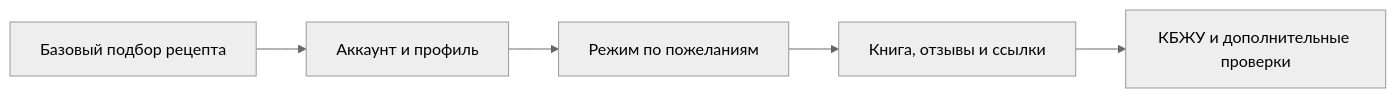
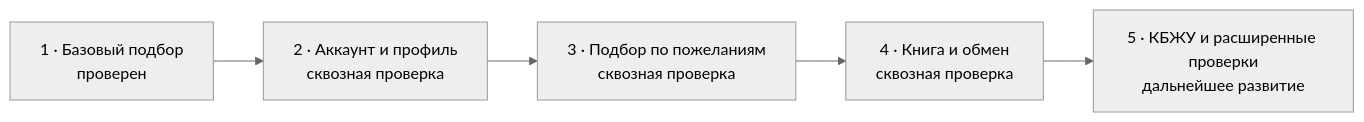
One commit to Tor250/SmartBite changed the sixth of 6 diagrams in architecture/target-architecture.md. Above: the diagram before and after it, drawn with Mermaid (neutral theme). The commit also changed other lines of this file and 1 other file, not shown here.

````diff
--- a/architecture/target-architecture.md
+++ b/architecture/target-architecture.md
@@ -147,10 +136,10 @@
 ```mermaid
 flowchart LR
-    i1[Базовый подбор рецепта]
-    i2[Аккаунт и профиль]
-    i3[Режим по пожеланиям]
-    i4[Книга, отзывы и ссылки]
-    i5[КБЖУ и дополнительные проверки]
+    i1["1 · Базовый подбор<br/>проверен"]
+    i2["2 · Аккаунт и профиль<br/>сквозная проверка"]
+    i3["3 · Подбор по пожеланиям<br/>сквозная проверка"]
+    i4["4 · Книга и обмен<br/>сквозная проверка"]
+    i5["5 · КБЖУ и расширенные проверки<br/>дальнейшее развитие"]
 
     i1 --> i2 --> i3 --> i4 --> i5
 ```
````
